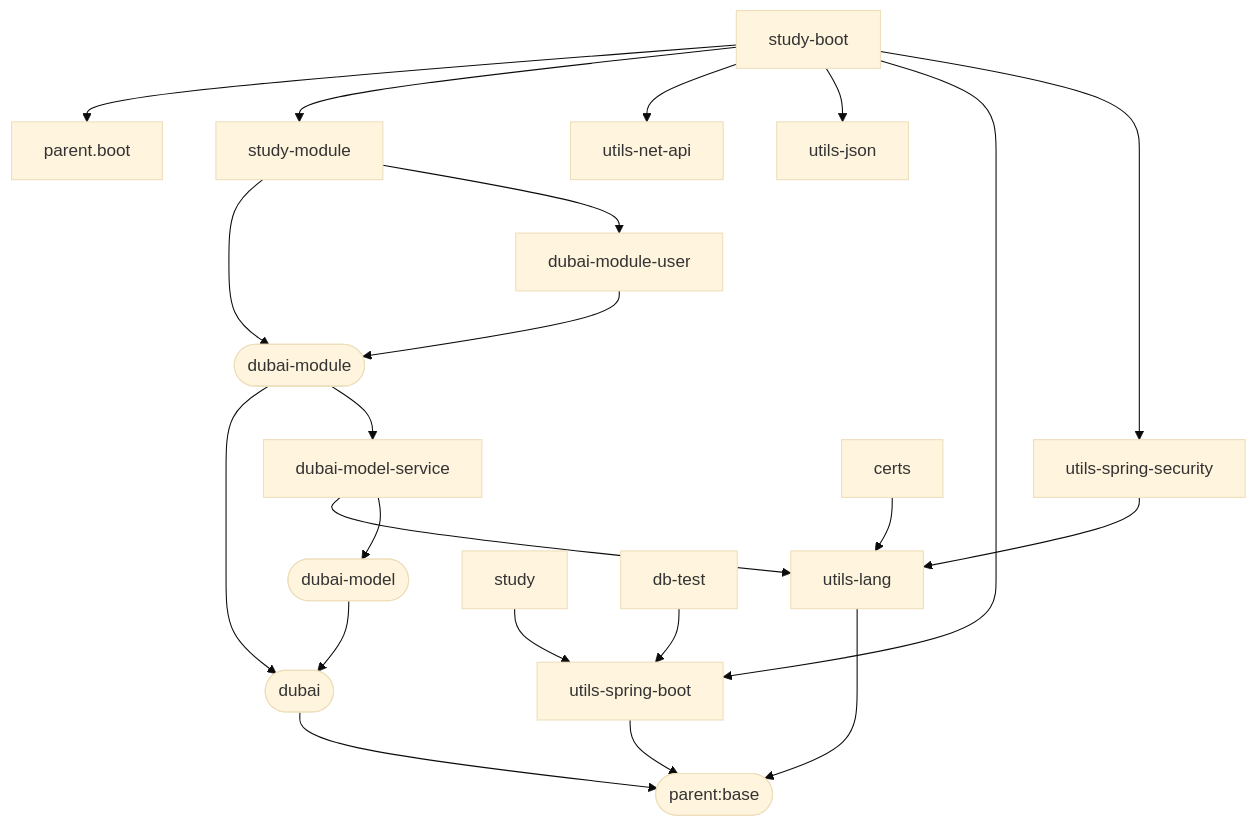
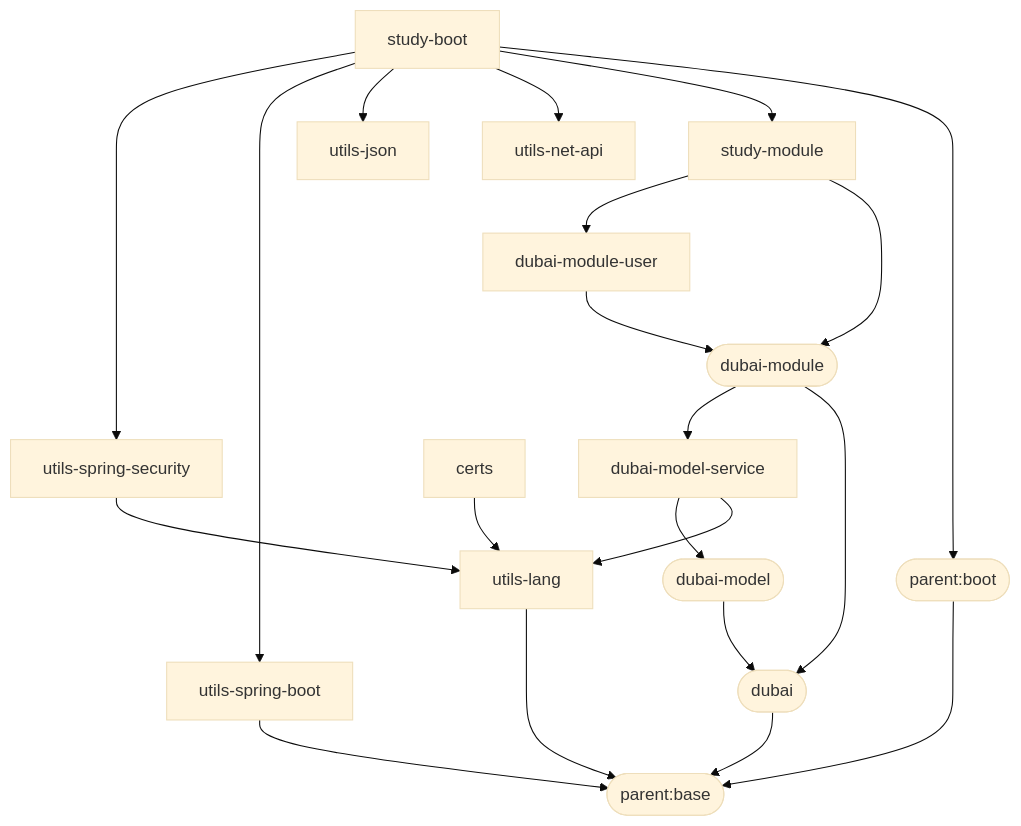
One commit to dbstarll/dbstarll.github.io changed the diagram in README.md. Above: the diagram before and after it, drawn with Mermaid (base theme).

Commit message:
增加study-boot

````diff
--- a/README.md
+++ b/README.md
@@ -13,32 +13,31 @@
 ```mermaid
 graph TD;
     parent.base([parent:base]);
+    parent.boot([parent:boot])--->parent.base;
 
     utils-lang-->parent.base;
 
     utils-spring-boot-->parent.base;
 
     dubai([dubai])-->parent.base;
     dubai-model([dubai-model])-->dubai;
     dubai-model-service-->utils-lang;
     dubai-model-service-->dubai-model;
     dubai-module([dubai-module])-->dubai;
     dubai-module-->dubai-model-service;
     
     dubai-module-user-->dubai-module;
 
     study-module-->dubai-module;
     study-module-->dubai-module-user;
 
     study-boot-->parent.boot;
     study-boot-->study-module;
     study-boot-->utils-net-api;
     study-boot-->utils-json;
     study-boot-->utils-spring-boot;
     study-boot-->utils-spring-security;
 
     certs-->utils-lang;
     utils-spring-security-->utils-lang;
-    study-->utils-spring-boot;
-    db-test-->utils-spring-boot;
 ```
````
